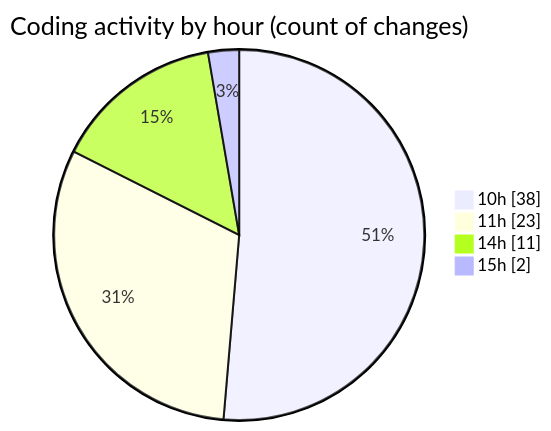
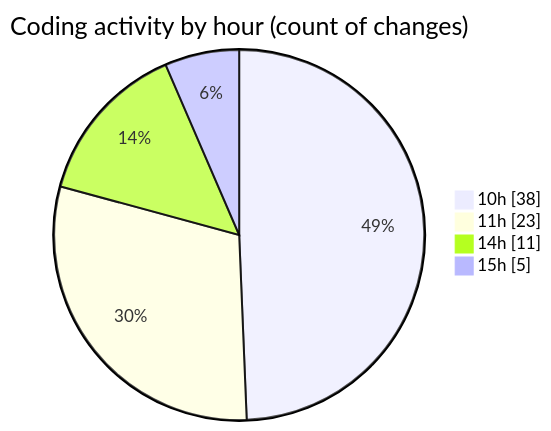
The second of 2 diagrams in 2026-03-10/nxtqube_webapp/README.md (nxtqubesakshisongat/code-tracking), drawn with Mermaid before and after one commit. The commit also changed other lines of this file and 1 other file, not shown here.

````diff
--- a/2026-03-10/nxtqube_webapp/README.md
+++ b/2026-03-10/nxtqube_webapp/README.md
@@ -35,8 +36,8 @@
 ```mermaid
 pie showData
 title Coding activity by hour (count of changes)
 "10h" : 38
 "11h" : 23
 "14h" : 11
-"15h" : 2
+"15h" : 5
 ```
````
